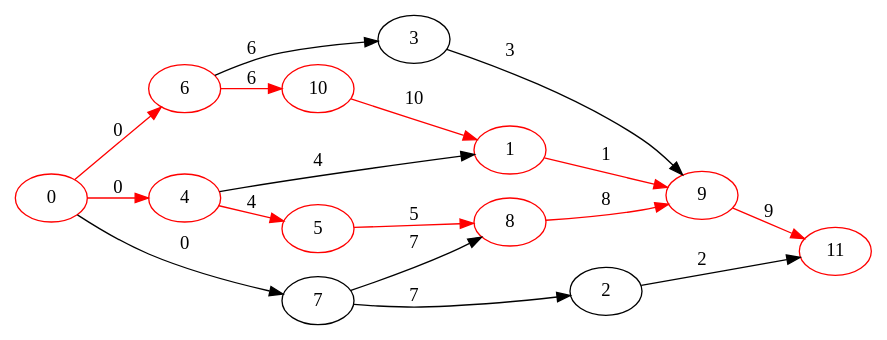
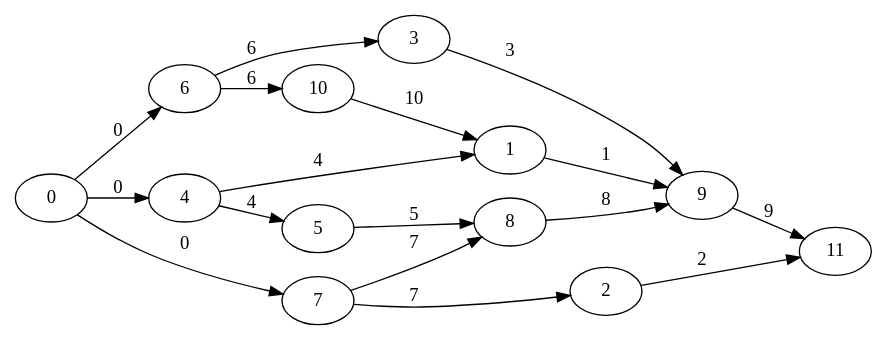
The diagram in out/7.gv (avivi55/graphs), drawn with Graphviz before and after one commit. The commit also changed 59 other files, not shown here.

```diff
--- a/out/7.gv
+++ b/out/7.gv
@@ -1,27 +1,18 @@
 digraph { rankdir=LR
-    "1" [color="red" label="1"]
-    "4" [color="red" label="4"]
-    "5" [color="red" label="5"]
-    "6" [color="red" label="6"]
-    "8" [color="red" label="8"]
-    "9" [color="red" label="9"]
-    "10" [color="red" label="10"]
-    "0" [color="red" label="0"]
-    "11" [color="red" label="11"]
-    "1" -> "9" [label="1" color="red" ]
+    "1" -> "9" [label="1" ]
     "2" -> "11" [label="2" ]
     "3" -> "9" [label="3" ]
     "4" -> "1" [label="4" ]
-    "4" -> "5" [label="4" color="red" ]
-    "5" -> "8" [label="5" color="red" ]
+    "4" -> "5" [label="4" ]
+    "5" -> "8" [label="5" ]
     "6" -> "3" [label="6" ]
-    "6" -> "10" [label="6" color="red" ]
+    "6" -> "10" [label="6" ]
     "7" -> "2" [label="7" ]
     "7" -> "8" [label="7" ]
-    "8" -> "9" [label="8" color="red" ]
-    "9" -> "11" [label="9" color="red" ]
-    "10" -> "1" [label="10" color="red" ]
-    "0" -> "4" [label="0" color="red" color="red" ]
-    "0" -> "6" [label="0" color="red" color="red" ]
+    "8" -> "9" [label="8" ]
+    "9" -> "11" [label="9" ]
+    "10" -> "1" [label="10" ]
+    "0" -> "4" [label="0" ]
+    "0" -> "6" [label="0" ]
     "0" -> "7" [label="0" ]
 }
```
